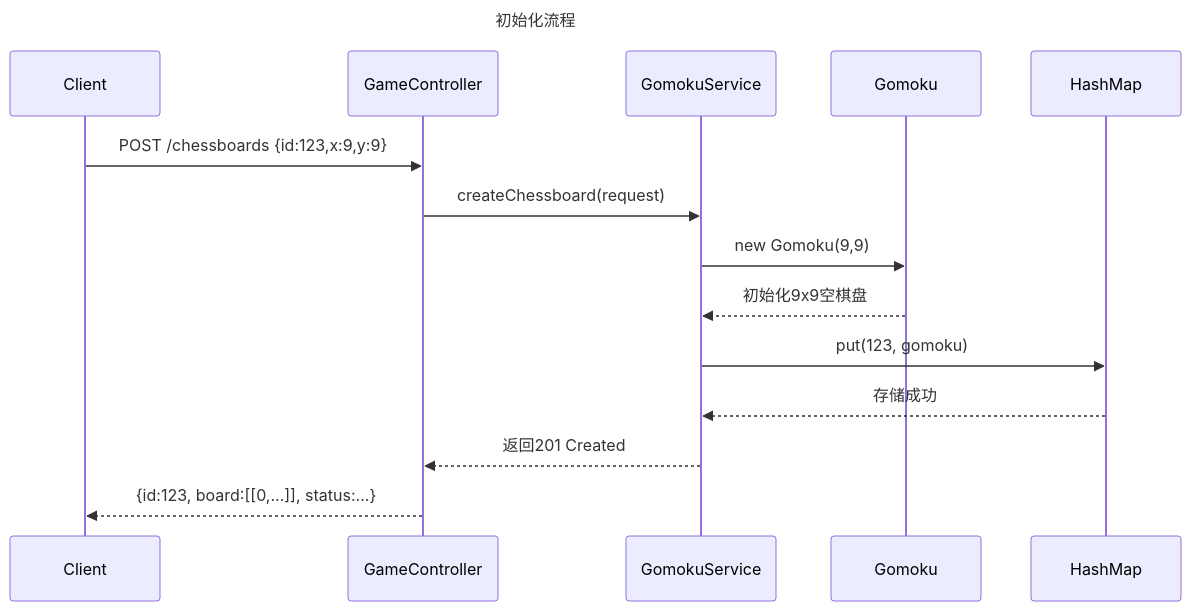
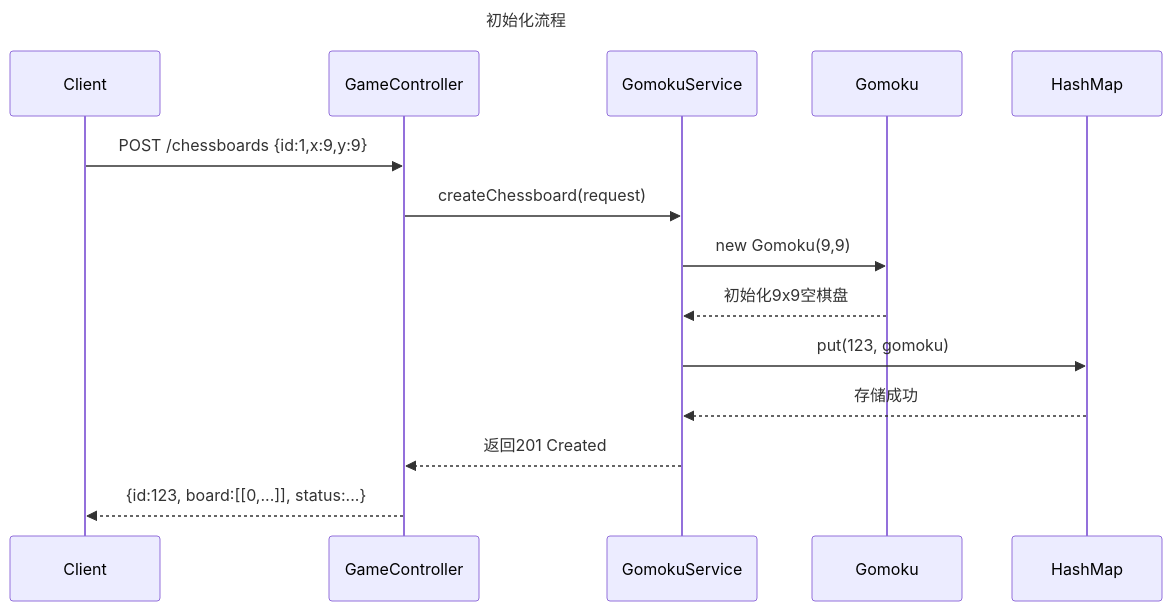
The second of 4 diagrams in 实践报告.md (HandyWote/BestStrategyOfGomoku), drawn with Mermaid before and after one commit.

Commit message:
更新 实践报告.md

````diff
--- a/实践报告.md
+++ b/实践报告.md
@@ -72,19 +72,19 @@
 ```mermaid
 
 sequenceDiagram
     title 初始化流程
     participant Client
     participant GameController
     participant GomokuService
     participant Gomoku
     participant HashMap
     
-    Client->>GameController: POST /chessboards {id:123,x:9,y:9}
+    Client->>GameController: POST /chessboards {id:1,x:9,y:9}
     GameController->>GomokuService: createChessboard(request)
     GomokuService->>Gomoku: new Gomoku(9,9)
     Gomoku-->>GomokuService: 初始化9x9空棋盘
     GomokuService->>HashMap: put(123, gomoku)
     HashMap-->>GomokuService: 存储成功
     GomokuService-->>GameController: 返回201 Created
     GameController-->>Client: {id:123, board:[[0,...]], status:...}
 ```
````
